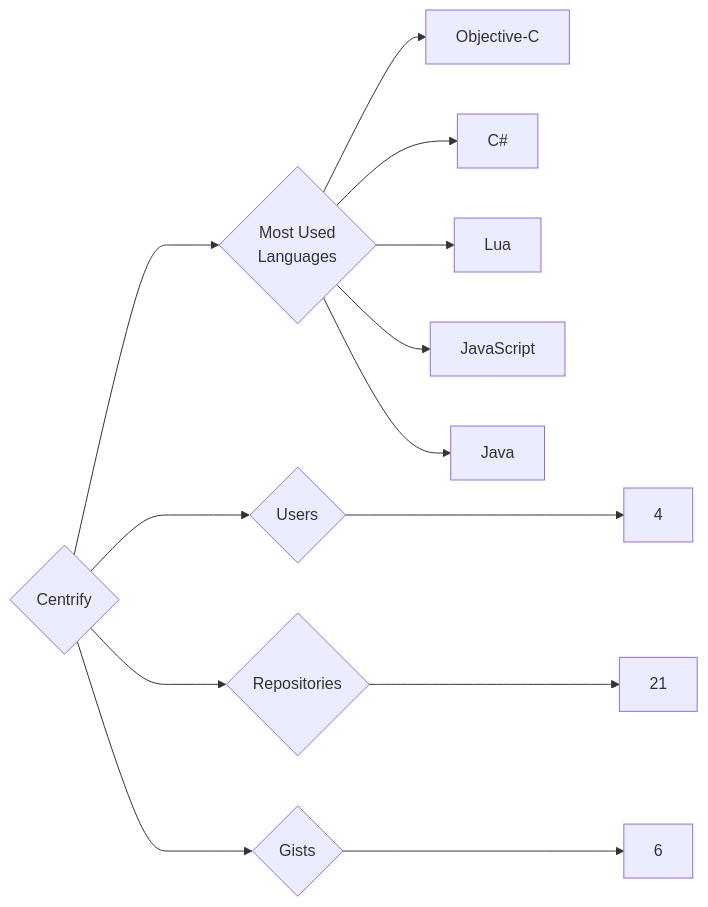
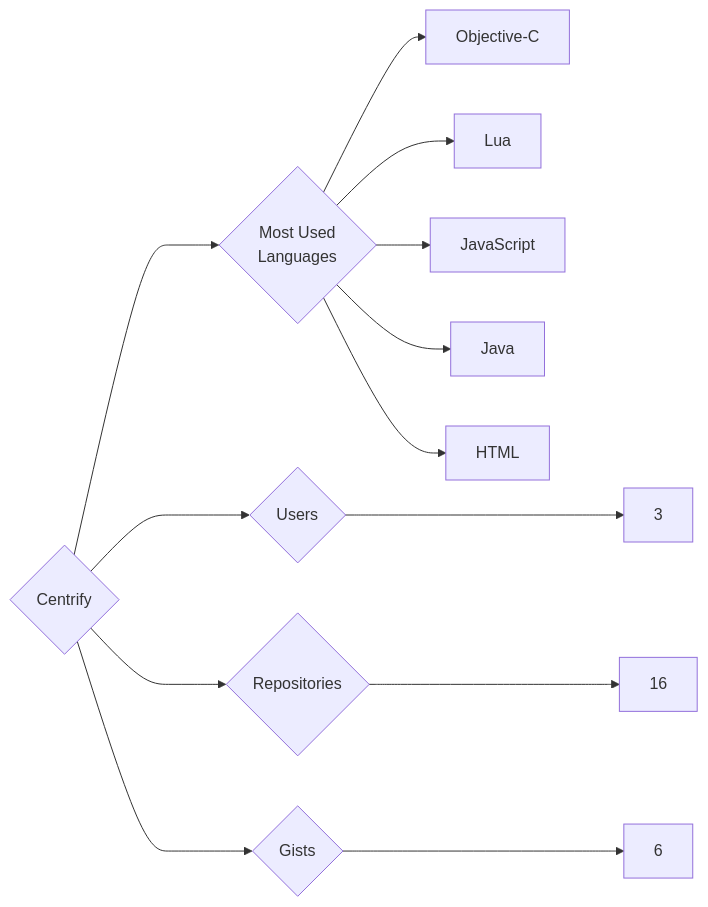
One commit to trickest/insiders changed the diagram in targets/Centrify/README.md. Above: the diagram before and after it, drawn with Mermaid. The commit also changed 622 other files, not shown here.

````diff
--- a/targets/Centrify/README.md
+++ b/targets/Centrify/README.md
@@ -3,13 +3,13 @@
 ```mermaid
 graph LR
 COMPANY_NAME{Centrify}
-COMPANY_NAME ---> U{Users} ---> UN[4]
-COMPANY_NAME ---> R{Repositories} ---> RN[21]
+COMPANY_NAME ---> U{Users} ---> UN[3]
+COMPANY_NAME ---> R{Repositories} ---> RN[16]
 COMPANY_NAME ---> G{Gists} ---> GN[6]
 COMPANY_NAME ---> ML{Most Used<br>Languages}
 ML --> Objective-C[Objective-C]
-ML --> C#[C#]
 ML --> Lua[Lua]
 ML --> JavaScript[JavaScript]
 ML --> Java[Java]
+ML --> HTML[HTML]
 ```
````
